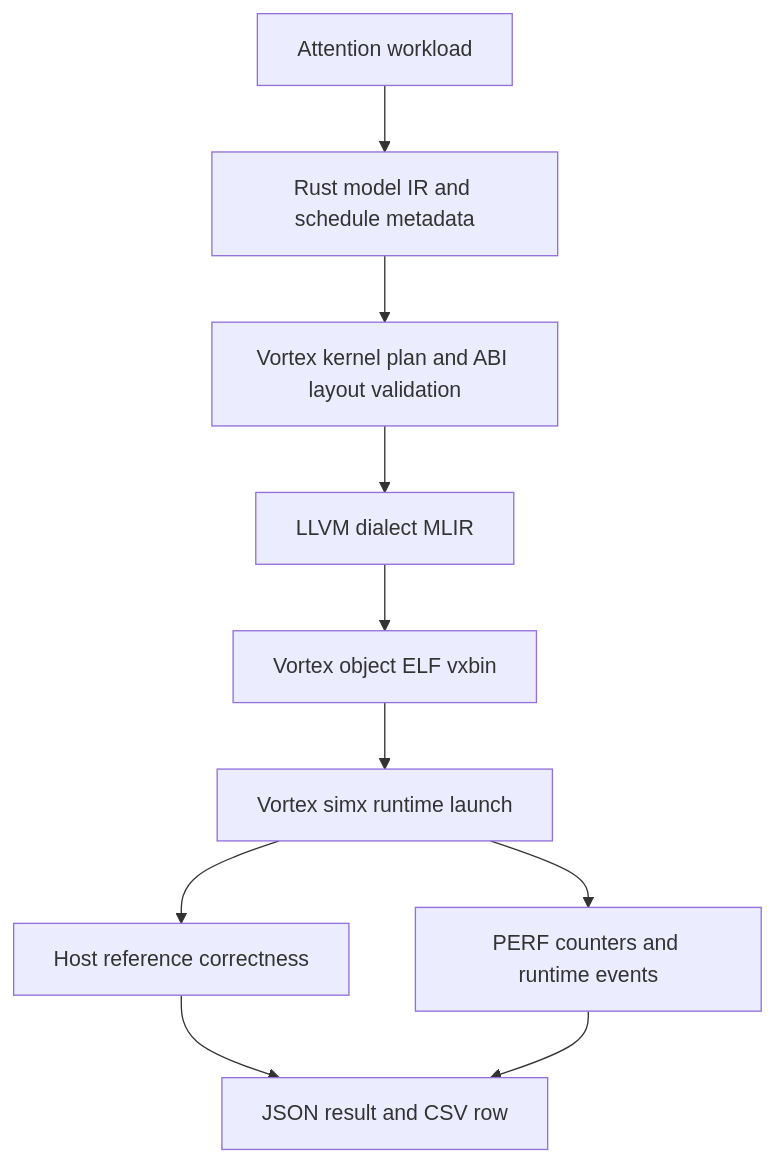
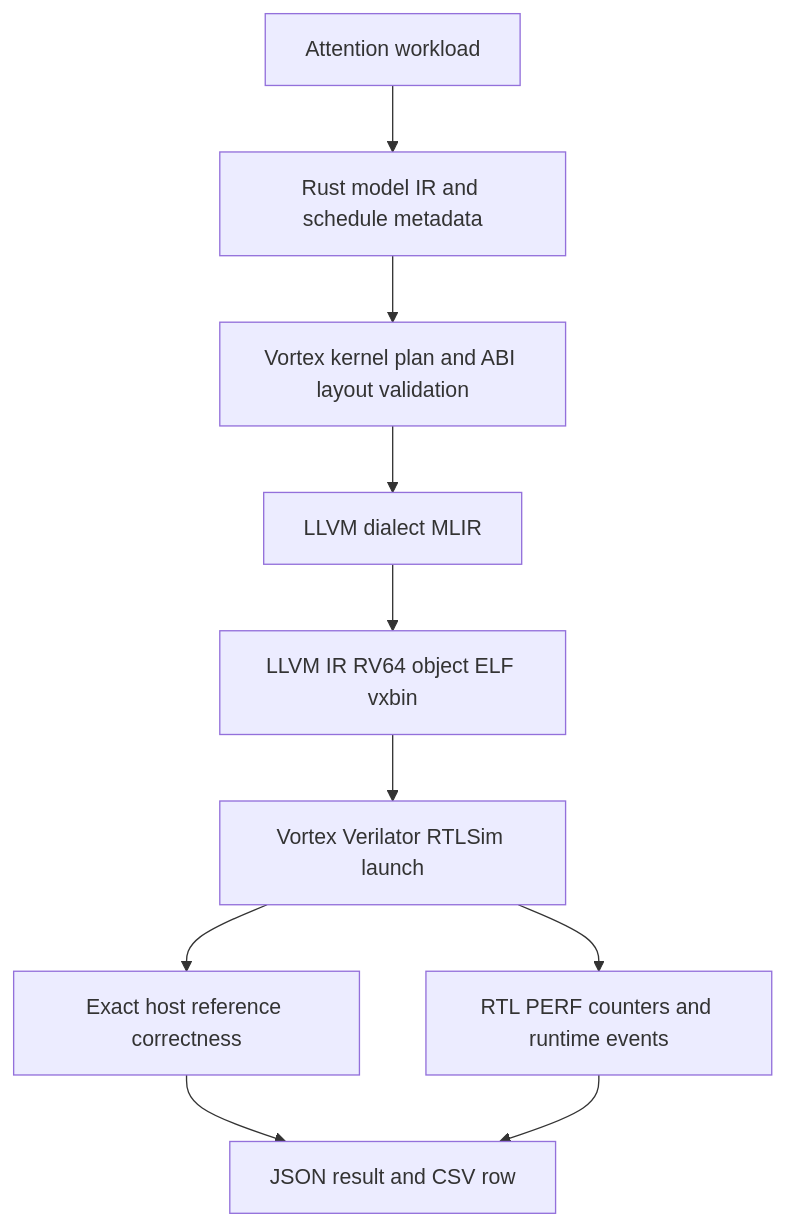
The second of 6 diagrams in docs/llm-serving-kv-attention-survey.md (devillove084/Mandrel), drawn with Mermaid before and after one commit. The commit also changed other lines of this file and 57 other files, not shown here.

First line of the commit message:
feat: establish reproducible Verilator RTL workflow

````diff
--- a/docs/llm-serving-kv-attention-survey.md
+++ b/docs/llm-serving-kv-attention-survey.md
@@ -200,12 +200,12 @@
 ```mermaid
 flowchart TD
     A[Attention workload] --> B[Rust model IR and schedule metadata]
     B --> C[Vortex kernel plan and ABI layout validation]
     C --> D[LLVM dialect MLIR]
-    D --> E[Vortex object ELF vxbin]
-    E --> F[Vortex simx runtime launch]
-    F --> G[Host reference correctness]
-    F --> H[PERF counters and runtime events]
+    D --> E[LLVM IR RV64 object ELF vxbin]
+    E --> F[Vortex Verilator RTLSim launch]
+    F --> G[Exact host reference correctness]
+    F --> H[RTL PERF counters and runtime events]
     G --> I[JSON result and CSV row]
     H --> I
 ```
````
